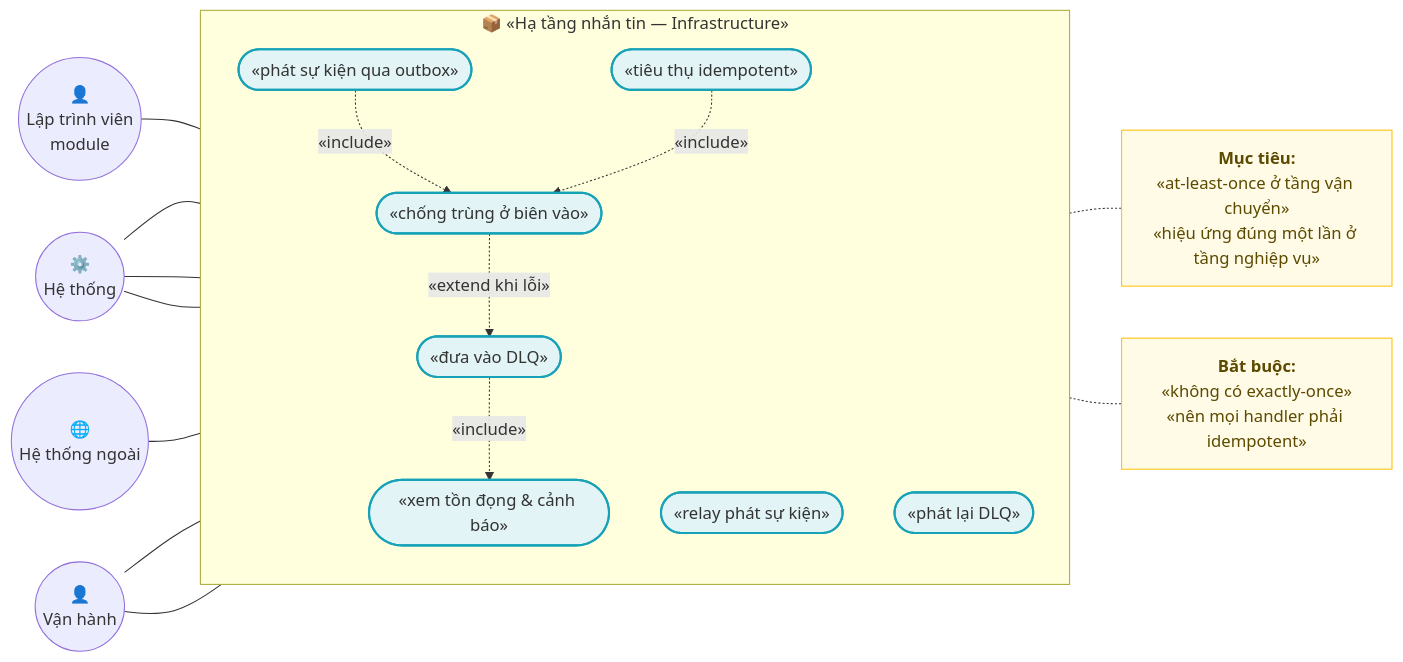
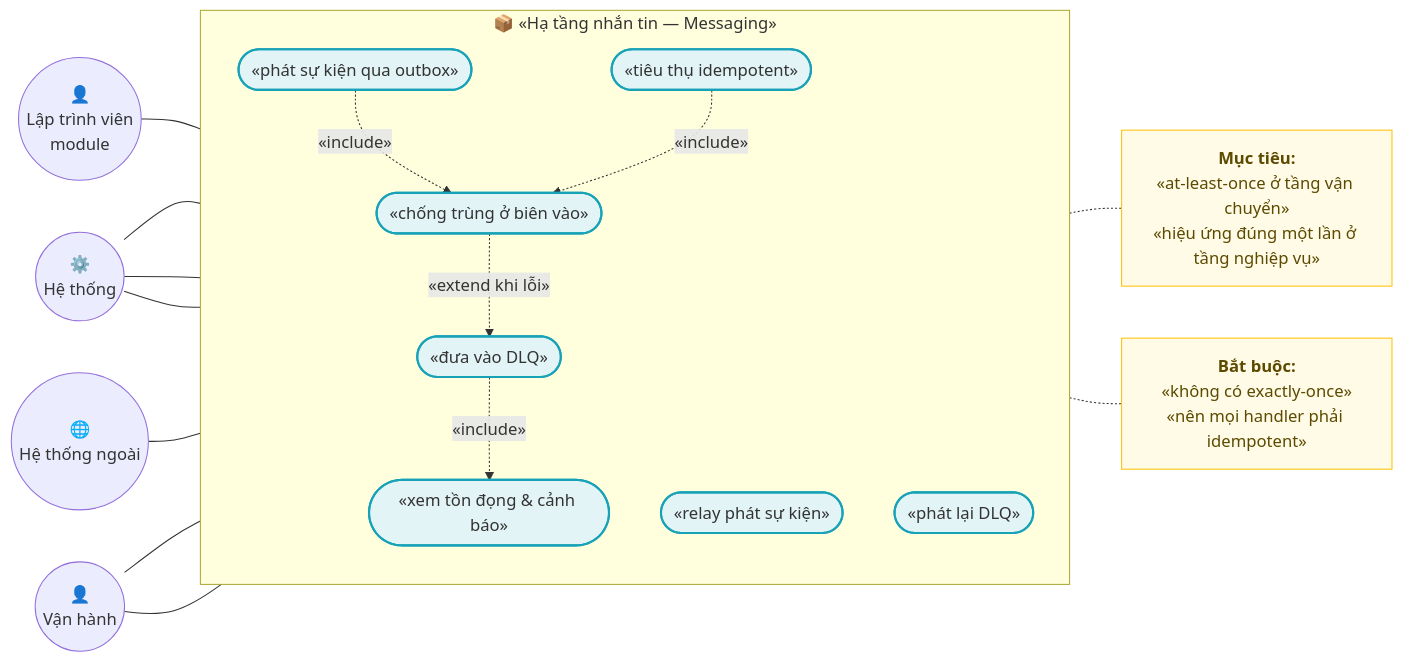
The first of 7 diagrams in docs/features/XC-002-outbox-inbox-chong-trung-su-kien.md (hungnt9801/eCommerce), drawn with Mermaid before and after one commit. The commit also changed other lines of this file and 1 other file, not shown here.

Commit message:
docs(XC-002): doi lai ten module thanh Messaging theo de xuat (thay Infrastructure) - 93 cho; xoa ghi chu ve 'Infrastructure la ten tang' (khong con ap dung); quy uoc tien to nay nhat quan Messaging/messaging

````diff
--- a/docs/features/XC-002-outbox-inbox-chong-trung-su-kien.md
+++ b/docs/features/XC-002-outbox-inbox-chong-trung-su-kien.md
@@ -101,42 +101,42 @@
 ```mermaid
 flowchart LR
     classDef actor fill:#d4edda,stroke:#155724,stroke-width:2px;
     classDef usecase fill:#e2f4f6,stroke:#17a2b8,stroke-width:2px;
     classDef note fill:#fffbe6,stroke:#ffc107,stroke-width:1px,color:#5c4a00;
 
     DEV(("👤<br/>Lập trình viên<br/>module"))
     OPS(("👤<br/>Vận hành"))
     HT(("⚙️<br/>Hệ thống"))
     EXT(("🌐<br/>Hệ thống ngoài"))
 
-    subgraph MSG["📦 «Hạ tầng nhắn tin — Infrastructure»"]
+    subgraph MSG["📦 «Hạ tầng nhắn tin — Messaging»"]
         direction TB
         UC1(["«phát sự kiện qua outbox»"])
         UC2(["«relay phát sự kiện»"])
         UC3(["«tiêu thụ idempotent»"])
         UC4(["«chống trùng ở biên vào»"])
         UC5(["«đưa vào DLQ»"])
         UC6(["«phát lại DLQ»"])
         UC7(["«xem tồn đọng & cảnh báo»"])
         class UC1,UC2,UC3,UC4,UC5,UC6,UC7 usecase;
     end
 
     N1["<b>Mục tiêu:</b><br/>«at-least-once ở tầng vận chuyển»<br/>«hiệu ứng đúng một lần ở tầng nghiệp vụ»"]
     N2["<b>Bắt buộc:</b><br/>«không có exactly-once»<br/>«nên mọi handler phải idempotent»"]
     class N1,N2 note;
 
     DEV --- UC1
     HT --- UC2
     HT --- UC3
     EXT --- UC4
     HT --- UC5
     OPS --- UC6
     OPS --- UC7
 
     UC1 -. "«include»" .-> UC4
     UC3 -. "«include»" .-> UC4
     UC4 -. "«extend khi lỗi»" .-> UC5
     UC5 -. "«include»" .-> UC7
     UC5 -.- N1
     UC3 -.- N2
 ```
````
